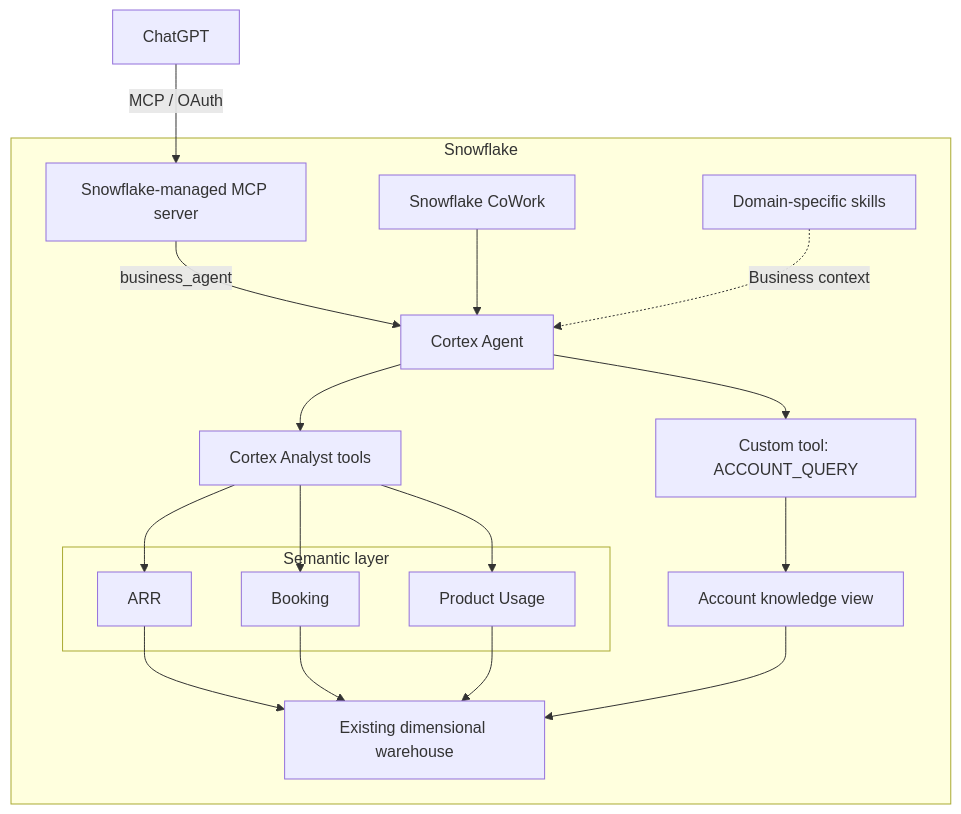
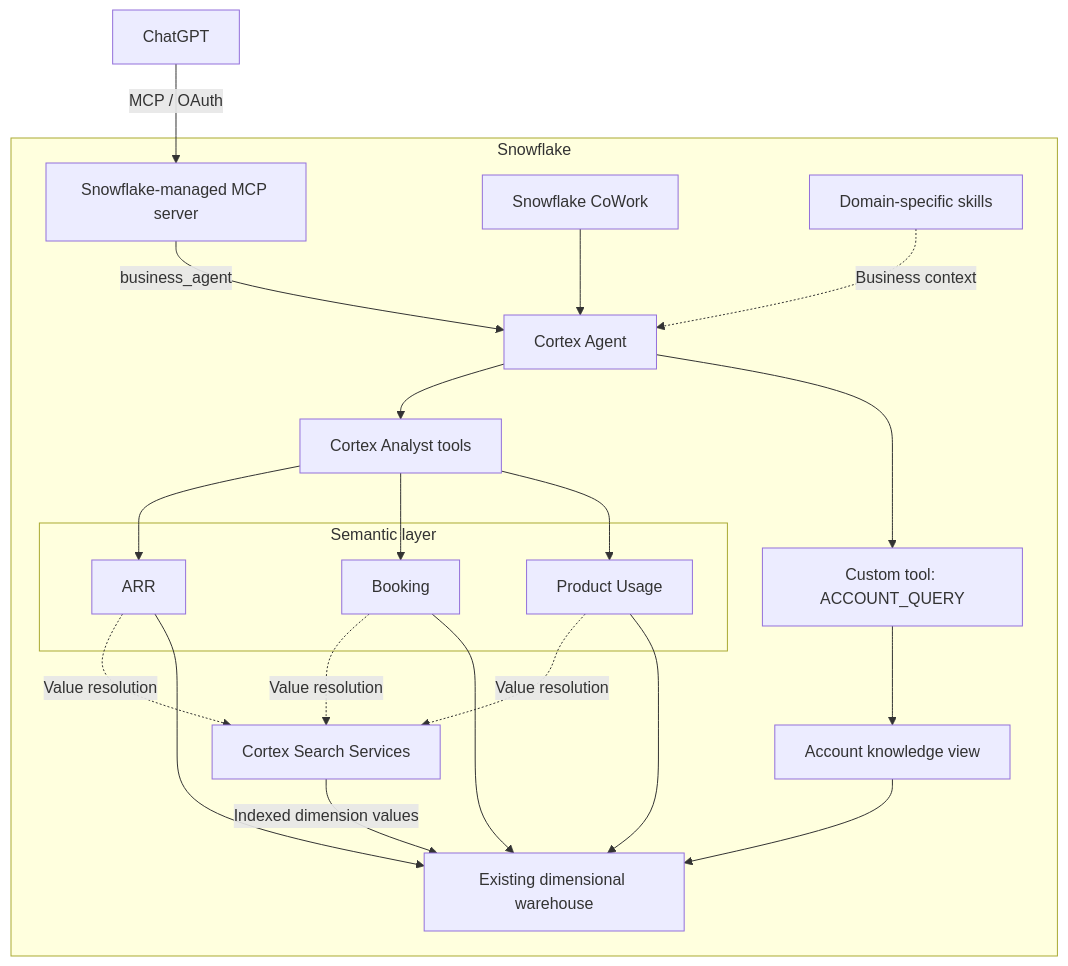
The first of 2 diagrams in README.md (KaterynaD/snowflake-semantic-agent), drawn with Mermaid before and after one commit. The commit also changed other lines of this file and 2 other files, not shown here.

````diff
--- a/README.md
+++ b/README.md
@@ -25,33 +25,38 @@
 ```mermaid
 flowchart TD
     ChatGPT[ChatGPT]
     subgraph SF[Snowflake]
         MCP[Snowflake-managed MCP server]
         CoWork[Snowflake CoWork]
         Agent[Cortex Agent]
         Skills[Domain-specific skills]
         Analyst[Cortex Analyst tools]
         Lookup[Custom tool: ACCOUNT_QUERY]
         subgraph Semantic[Semantic layer]
             ARR[ARR]
             Booking[Booking]
             Usage[Product Usage]
         end
+        Search[Cortex Search Services]
         Knowledge[Account knowledge view]
         DW[Existing dimensional warehouse]
         MCP -->|business_agent| Agent
         CoWork --> Agent
         Skills -.->|Business context| Agent
         Agent --> Analyst
         Agent --> Lookup
         Analyst --> ARR
         Analyst --> Booking
         Analyst --> Usage
+        ARR -.->|Value resolution| Search
+        Booking -.->|Value resolution| Search
+        Usage -.->|Value resolution| Search
         Lookup --> Knowledge
         ARR --> DW
         Booking --> DW
         Usage --> DW
         Knowledge --> DW
+        Search -->|Indexed dimension values| DW
     end
     ChatGPT -->|MCP / OAuth| MCP
 ```
````
